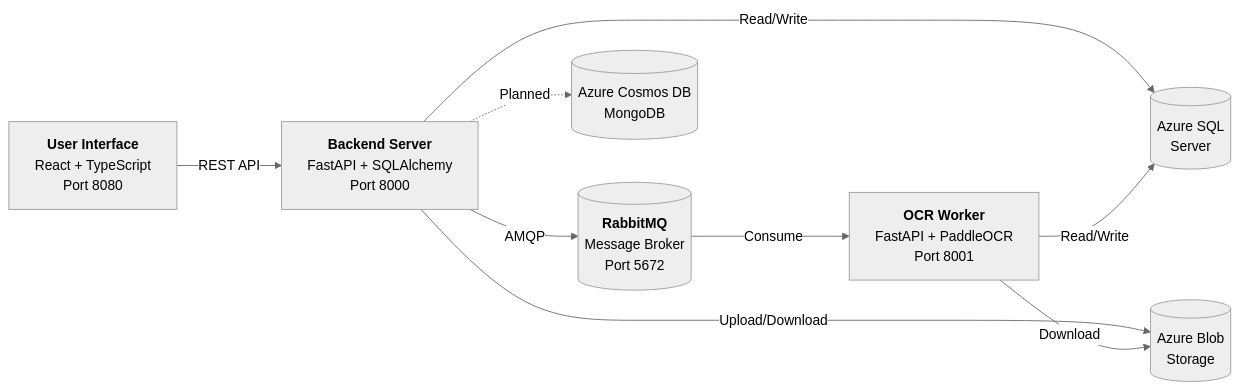
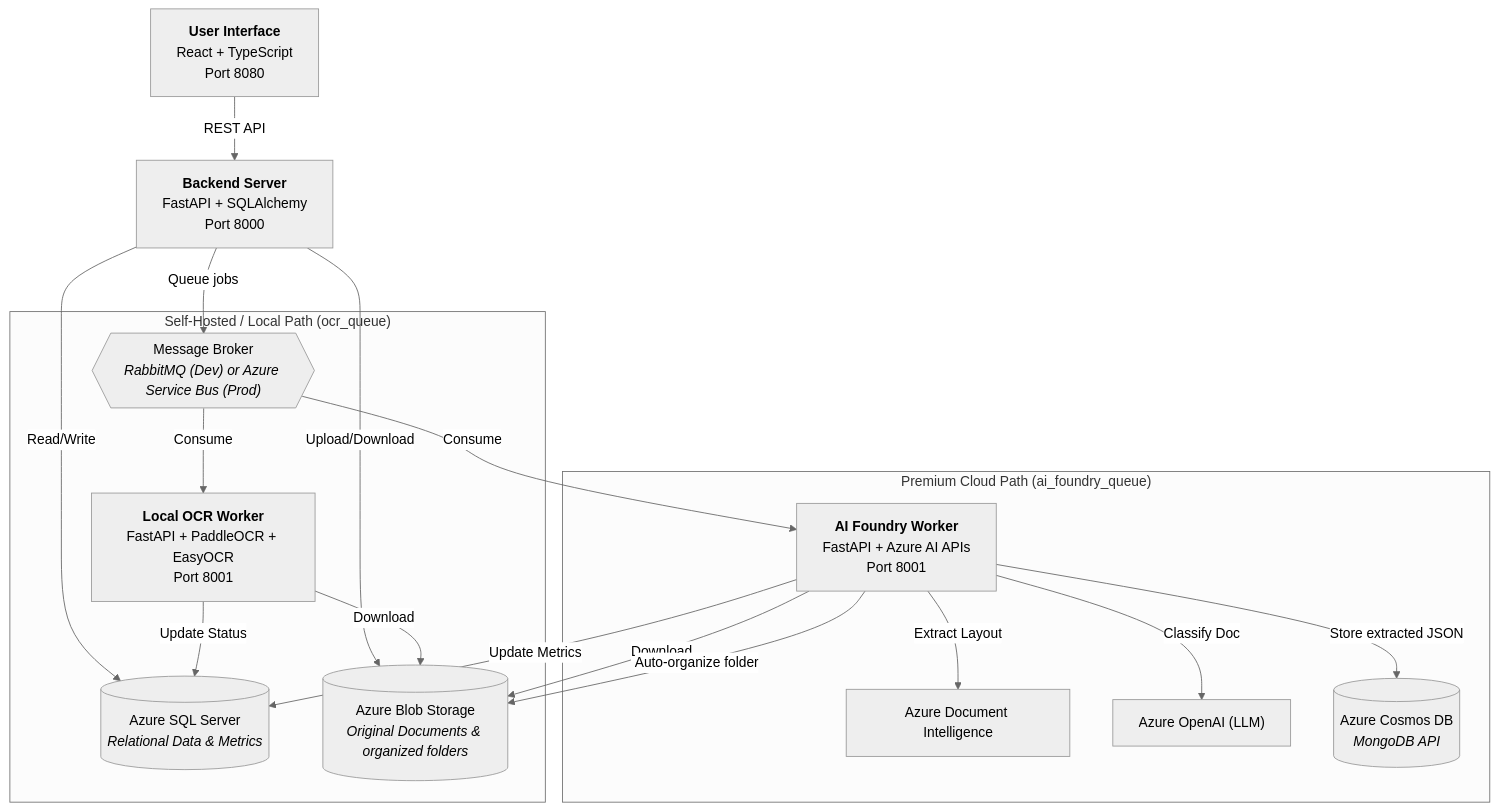
Before and after one commit to NassaQ/docs: the first of 2 diagrams in docs/index.md, drawn with Mermaid (neutral theme). The commit also changed other lines of this file and 9 other files, not shown here.

````diff
--- a/docs/index.md
+++ b/docs/index.md
@@ -36,11 +38,27 @@
 ```mermaid
-graph LR
-    A["<b>User Interface</b><br/>React + TypeScript<br/>Port 8080"] -->|REST API| B["<b>Backend Server</b><br/>FastAPI + SQLAlchemy<br/>Port 8000"]
-    B -->|AMQP| C[("<b>RabbitMQ</b><br/>Message Broker<br/>Port 5672")]
-    C -->|Consume| D["<b>OCR Worker</b><br/>FastAPI + PaddleOCR<br/>Port 8001"]
-    B -->|Read/Write| E[("Azure SQL<br/>Server")]
-    B -->|Upload/Download| F[("Azure Blob<br/>Storage")]
-    D -->|Read/Write| E
-    D -->|Download| F
-    B -.->|Planned| G[("Azure Cosmos DB<br/>MongoDB")]
+graph TD
+    UI["<b>User Interface</b><br/>React + TypeScript<br/>Port 8080"] -->|REST API| SRV["<b>Backend Server</b><br/>FastAPI + SQLAlchemy<br/>Port 8000"]
+    
+    %% Shared Storage
+    SRV -->|Read/Write| SQL[("Azure SQL Server<br/><i>Relational Data & Metrics</i>")]
+    SRV -->|Upload/Download| BLOB[("Azure Blob Storage<br/><i>Original Documents & organized folders</i>")]
+    
+    %% Processing path selection
+    SRV -->|Queue jobs| MQ{{"Message Broker<br/><i>RabbitMQ (Dev) or Azure Service Bus (Prod)</i>"}}
+    
+    subgraph LocalPath ["Self-Hosted / Local Path (ocr_queue)"]
+        MQ -->|Consume| OCR["<b>Local OCR Worker</b><br/>FastAPI + PaddleOCR + EasyOCR<br/>Port 8001"]
+        OCR -->|Download| BLOB
+        OCR -->|Update Status| SQL
+    end
+    
+    subgraph CloudPath ["Premium Cloud Path (ai_foundry_queue)"]
+        MQ -->|Consume| AIF["<b>AI Foundry Worker</b><br/>FastAPI + Azure AI APIs<br/>Port 8001"]
+        AIF -->|Download| BLOB
+        AIF -->|Extract Layout| ADI["Azure Document Intelligence"]
+        AIF -->|Classify Doc| AOAI["Azure OpenAI (LLM)"]
+        AIF -->|Auto-organize folder| BLOB
+        AIF -->|Update Metrics| SQL
+        AIF -->|Store extracted JSON| COSMOS[("Azure Cosmos DB<br/><i>MongoDB API</i>")]
+    end
 ```
````
